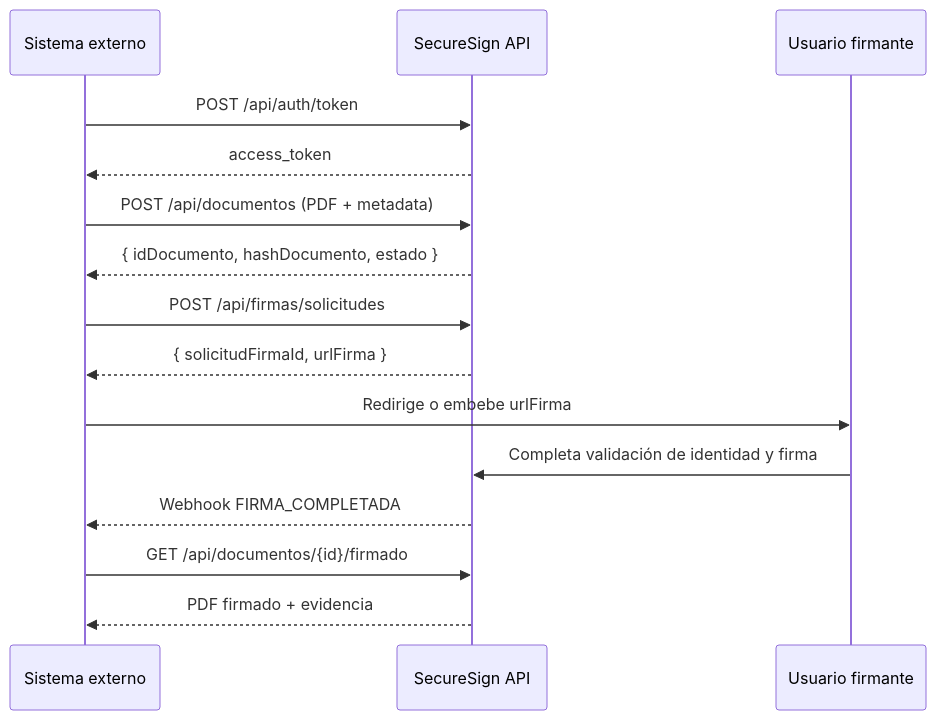
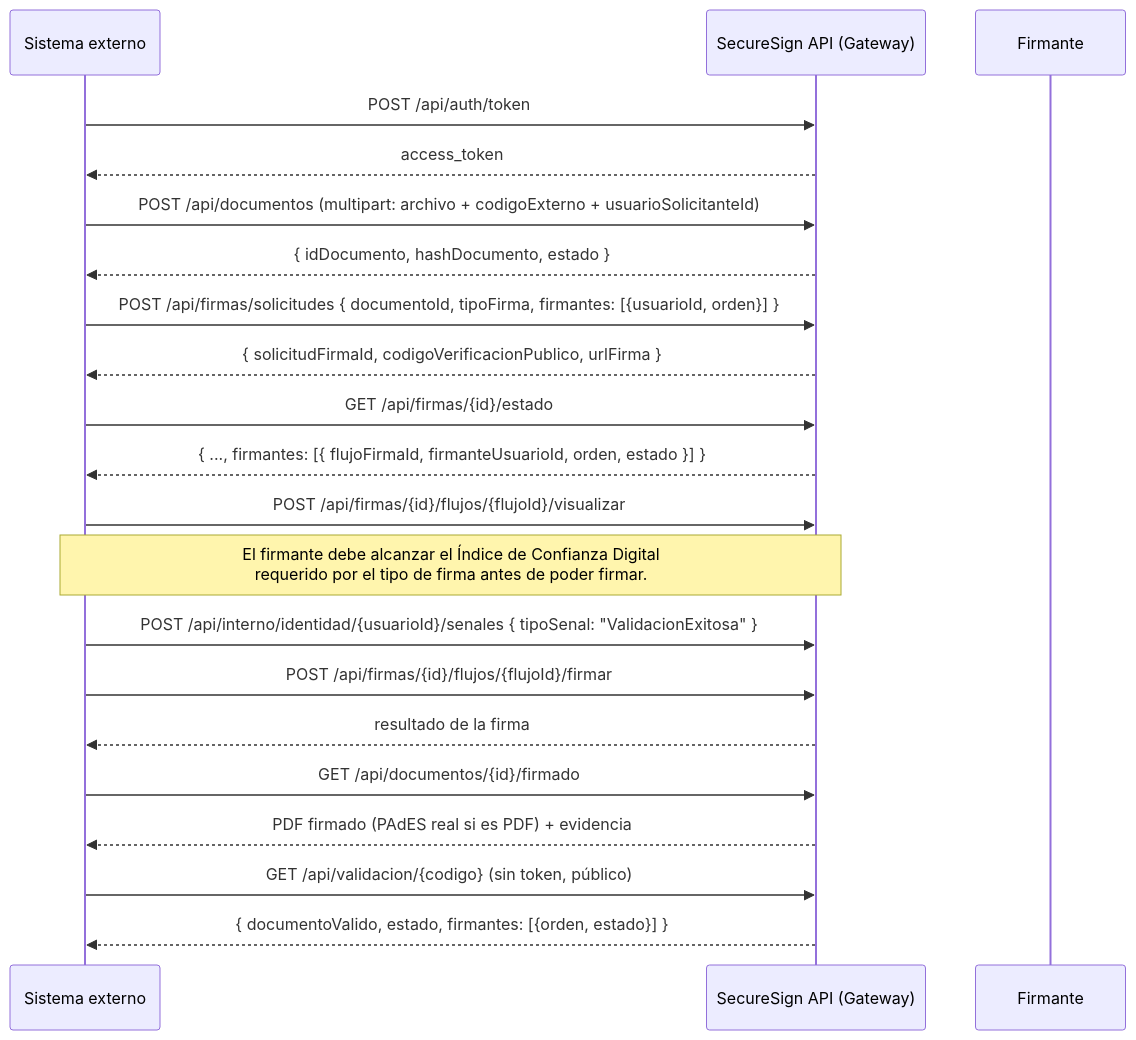
One commit to hlucasgit/rubrica changed the diagram in docs/05-integracion/manual-integracion-api.md. Above: the diagram before and after it, drawn with Mermaid. The commit also changed other lines of this file and 1 other file, not shown here.

````diff
--- a/docs/05-integracion/manual-integracion-api.md
+++ b/docs/05-integracion/manual-integracion-api.md
@@ -53,18 +54,24 @@
 ```mermaid
 sequenceDiagram
     participant Ext as Sistema externo
-    participant API as SecureSign API
-    participant Firmante as Usuario firmante
+    participant API as SecureSign API (Gateway)
+    participant Firmante as Firmante
 
     Ext->>API: POST /api/auth/token
     API-->>Ext: access_token
-    Ext->>API: POST /api/documentos (PDF + metadata)
+    Ext->>API: POST /api/documentos (multipart: archivo + codigoExterno + usuarioSolicitanteId)
     API-->>Ext: { idDocumento, hashDocumento, estado }
-    Ext->>API: POST /api/firmas/solicitudes
-    API-->>Ext: { solicitudFirmaId, urlFirma }
-    Ext->>Firmante: Redirige o embebe urlFirma
-    Firmante->>API: Completa validación de identidad y firma
-    API-->>Ext: Webhook FIRMA_COMPLETADA
+    Ext->>API: POST /api/firmas/solicitudes { documentoId, tipoFirma, firmantes: [{usuarioId, orden}] }
+    API-->>Ext: { solicitudFirmaId, codigoVerificacionPublico, urlFirma }
+    Ext->>API: GET /api/firmas/{id}/estado
+    API-->>Ext: { ..., firmantes: [{ flujoFirmaId, firmanteUsuarioId, orden, estado }] }
+    Ext->>API: POST /api/firmas/{id}/flujos/{flujoId}/visualizar
+    Note over Ext,API: El firmante debe alcanzar el Índice de Confianza Digital<br/>requerido por el tipo de firma antes de poder firmar.
+    Ext->>API: POST /api/interno/identidad/{usuarioId}/senales { tipoSenal: "ValidacionExitosa" }
+    Ext->>API: POST /api/firmas/{id}/flujos/{flujoId}/firmar
+    API-->>Ext: resultado de la firma
     Ext->>API: GET /api/documentos/{id}/firmado
-    API-->>Ext: PDF firmado + evidencia
+    API-->>Ext: PDF firmado (PAdES real si es PDF) + evidencia
+    Ext->>API: GET /api/validacion/{codigo}  (sin token, público)
+    API-->>Ext: { documentoValido, estado, firmantes: [{orden, estado}] }
 ```
````
